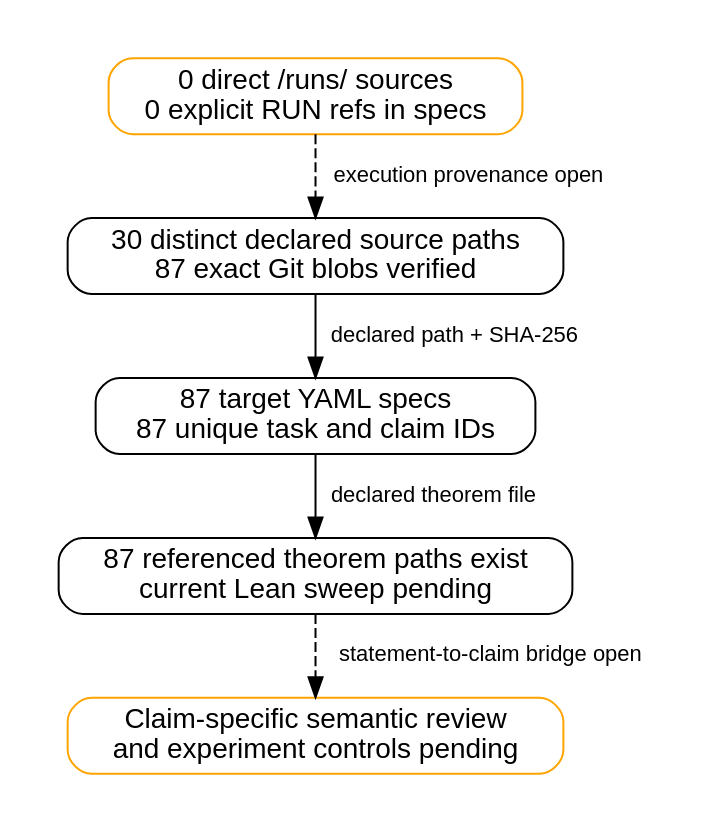
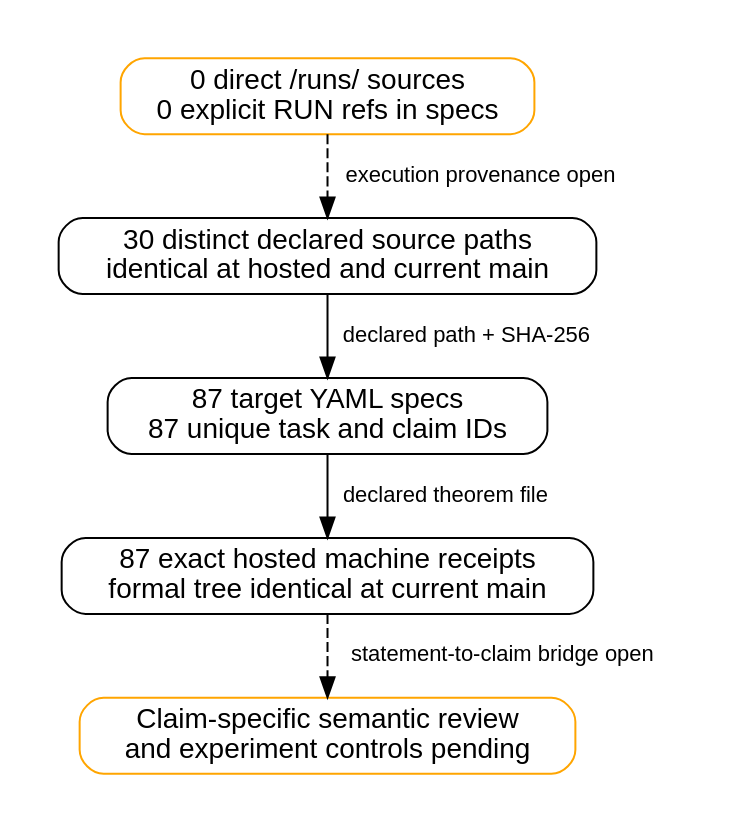
Before and after one commit to aburan28/crypto-autoresearcher: the diagram in docs/reports/2026-10-25-formal-target-provenance/coverage.dot, drawn with Graphviz. The commit also changed 96 other files, not shown here.

Commit message:
Archive exact 87-target hosted Lean receipts and checker

```diff
--- a/docs/reports/2026-10-25-formal-target-provenance/coverage.dot
+++ b/docs/reports/2026-10-25-formal-target-provenance/coverage.dot
@@ -1,14 +1,14 @@
 digraph provenance {
   graph [rankdir=TB, bgcolor="white", pad="0.3", nodesep="0.3", ranksep="0.4"];
   node [shape=box, style=rounded, fontname="Helvetica", fontsize=14];
   edge [fontname="Helvetica", fontsize=11];
-  source [label="30 distinct declared source paths\n87 exact Git blobs verified"];
+  source [label="30 distinct declared source paths\nidentical at hosted and current main"];
   spec [label="87 target YAML specs\n87 unique task and claim IDs"];
-  theorem [label="87 referenced theorem paths exist\ncurrent Lean sweep pending"];
+  theorem [label="87 exact hosted machine receipts\nformal tree identical at current main"];
   run [label="0 direct /runs/ sources\n0 explicit RUN refs in specs", color="orange"];
   review [label="Claim-specific semantic review\nand experiment controls pending", color="orange"];
   source -> spec [label="declared path + SHA-256"];
   spec -> theorem [label="declared theorem file"];
   run -> source [style=dashed, label="execution provenance open"];
   theorem -> review [style=dashed, label="statement-to-claim bridge open"];
 }
```
